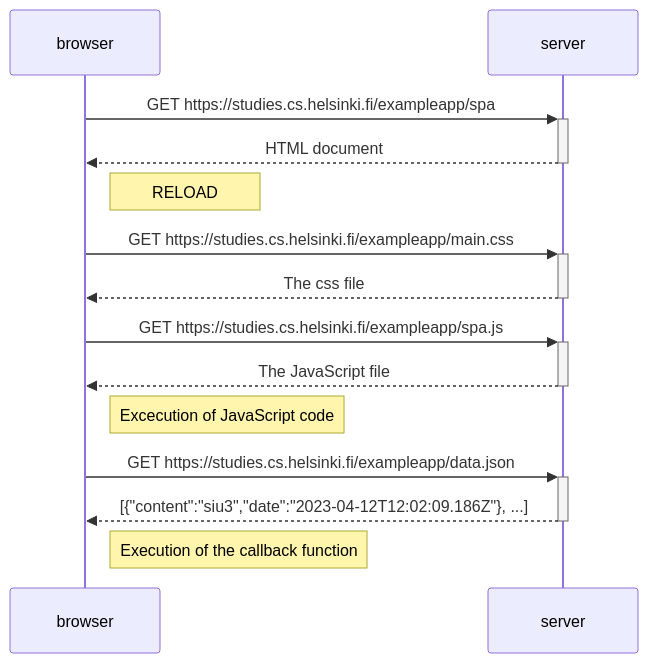
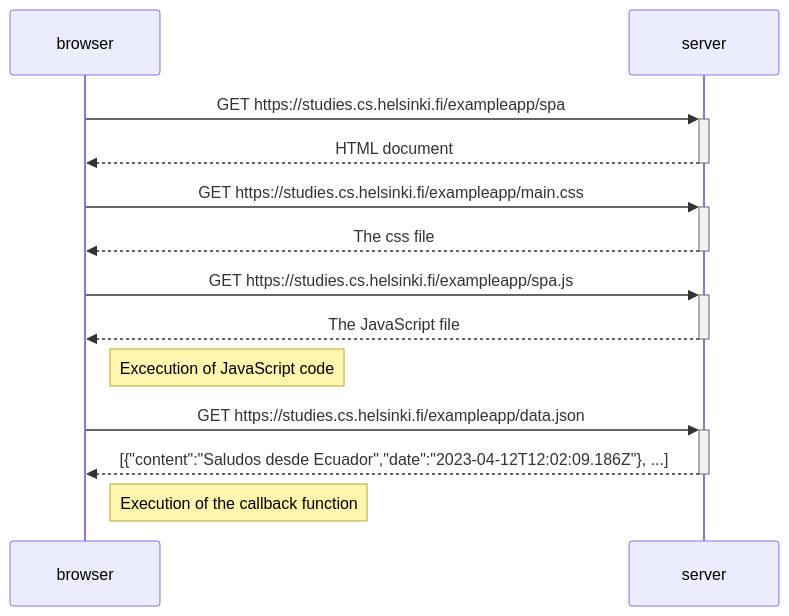
Before and after one commit to Tsuri-chan/Full-Stack-Course: the diagram in Part0/Exercise 0.5.md, drawn with Mermaid.

Commit message:
Update Exercise 0.5.md

````diff
--- a/Part0/Exercise 0.5.md
+++ b/Part0/Exercise 0.5.md
@@ -5,22 +5,21 @@
 ```mermaid
 sequenceDiagram;
     participant browser
     participant server
 
     browser->>+server: GET https://studies.cs.helsinki.fi/exampleapp/spa;
     server-->>-browser: HTML document
-    Note right of browser: RELOAD
-    
+        
     browser->>+server: GET https://studies.cs.helsinki.fi/exampleapp/main.css
     server-->>-browser: The css file
     
     browser->>+server: GET https://studies.cs.helsinki.fi/exampleapp/spa.js
     server-->>-browser: The JavaScript file
     Note right of browser: Excecution of JavaScript code
     
     browser->>+server: GET https://studies.cs.helsinki.fi/exampleapp/data.json
-    server-->>-browser: [{"content":"siu3","date":"2023-04-12T12:02:09.186Z"}, ...]
+    server-->>-browser: [{"content":"Saludos desde Ecuador","date":"2023-04-12T12:02:09.186Z"}, ...]
     Note right of browser: Execution of the callback function
     
   
 ```
````
